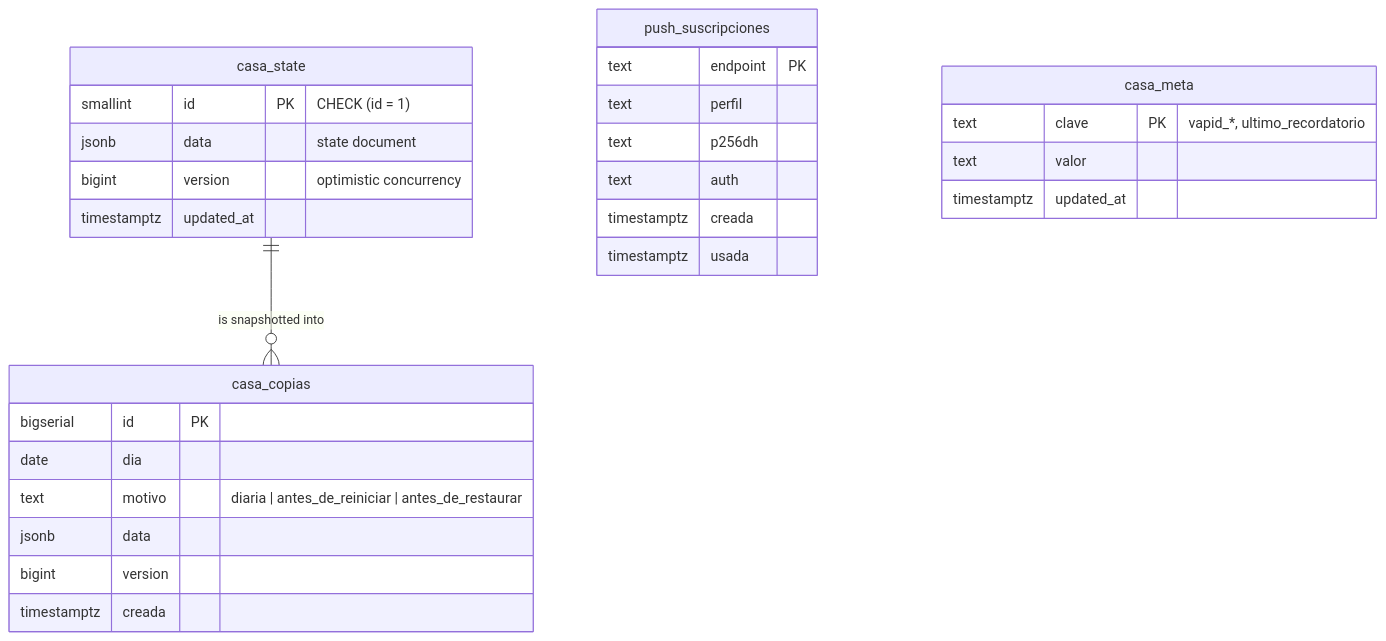
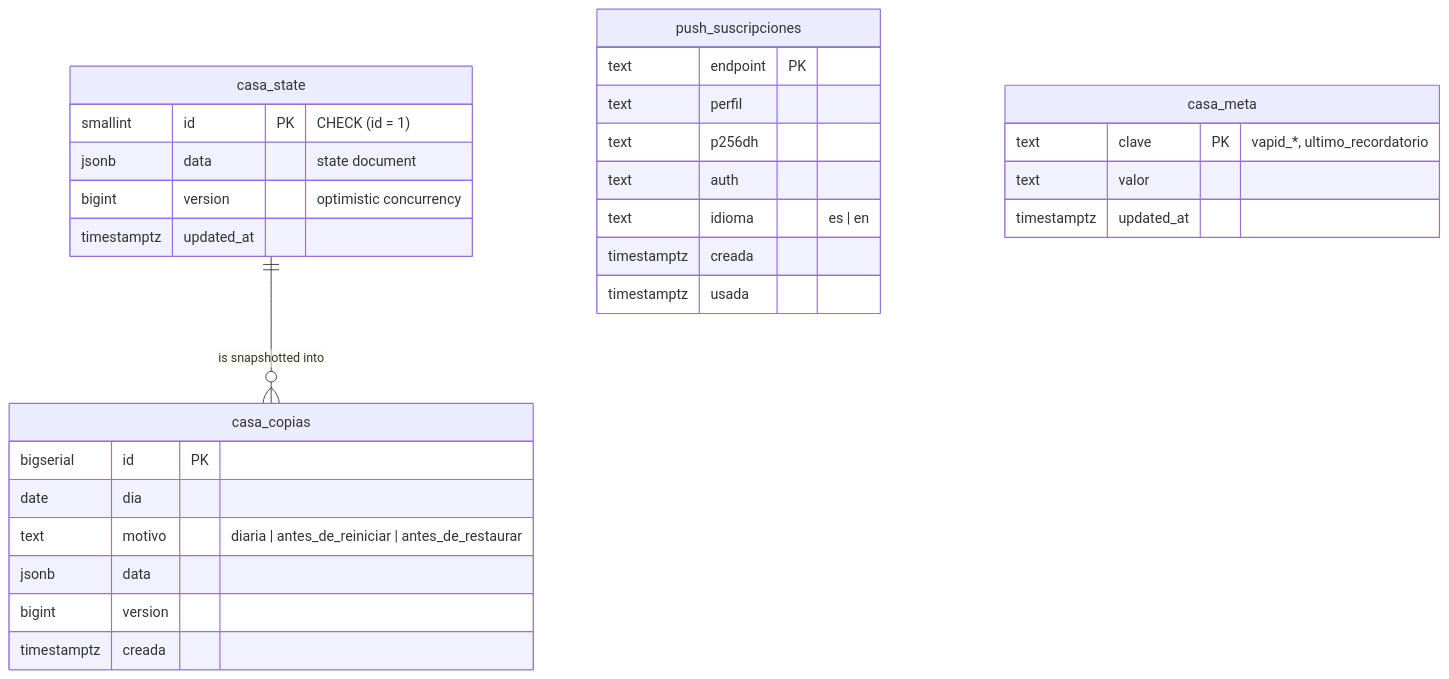
One commit to 100550169/casa changed the first of 2 diagrams in docs/DATA-MODEL.md. Above: the diagram before and after it, drawn with Mermaid. The commit also changed other lines of this file and 36 other files, not shown here.

````diff
--- a/docs/DATA-MODEL.md
+++ b/docs/DATA-MODEL.md
@@ -17,31 +17,32 @@
 ```mermaid
 erDiagram
   casa_state {
     smallint id PK "CHECK (id = 1)"
     jsonb data "state document"
     bigint version "optimistic concurrency"
     timestamptz updated_at
   }
   casa_copias {
     bigserial id PK
     date dia
     text motivo "diaria | antes_de_reiniciar | antes_de_restaurar"
     jsonb data
     bigint version
     timestamptz creada
   }
   push_suscripciones {
     text endpoint PK
     text perfil
     text p256dh
     text auth
+    text idioma "es | en"
     timestamptz creada
     timestamptz usada
   }
   casa_meta {
     text clave PK "vapid_*, ultimo_recordatorio"
     text valor
     timestamptz updated_at
   }
   casa_state ||--o{ casa_copias : "is snapshotted into"
 ```
````
